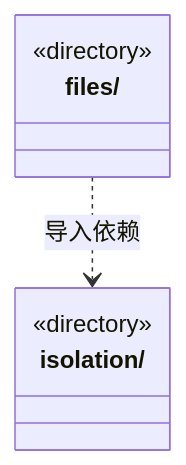
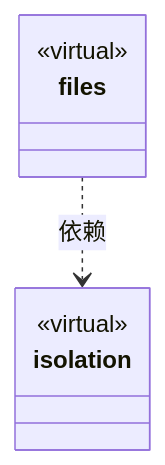
One commit to nan023062/cbim changed the diagram in src/logic/file-operations/platform/ARCHITECTURE.md. Above: the diagram before and after it, drawn with Mermaid. The commit also changed other lines of this file and 158 other files, not shown here.

Commit message:
docs: model architecture through nested virtual encapsulations

````diff
--- a/src/logic/file-operations/platform/ARCHITECTURE.md
+++ b/src/logic/file-operations/platform/ARCHITECTURE.md
@@ -35,10 +17,12 @@
 ```mermaid
 classDiagram
-class N_src_logic_file_operations_platform_files["files/"] {
-  <<directory>>
+class N_44d2b5708f6f["files"] {
+  <<virtual>>
 }
-class N_src_logic_file_operations_platform_isolation["isolation/"] {
-  <<directory>>
+click N_44d2b5708f6f href "files/ARCHITECTURE.md"
+class N_fdc65a5c0324["isolation"] {
+  <<virtual>>
 }
-N_src_logic_file_operations_platform_files ..> N_src_logic_file_operations_platform_isolation : 导入依赖
+click N_fdc65a5c0324 href "isolation/ARCHITECTURE.md"
+N_44d2b5708f6f ..> N_fdc65a5c0324 : 依赖
 ```
````
